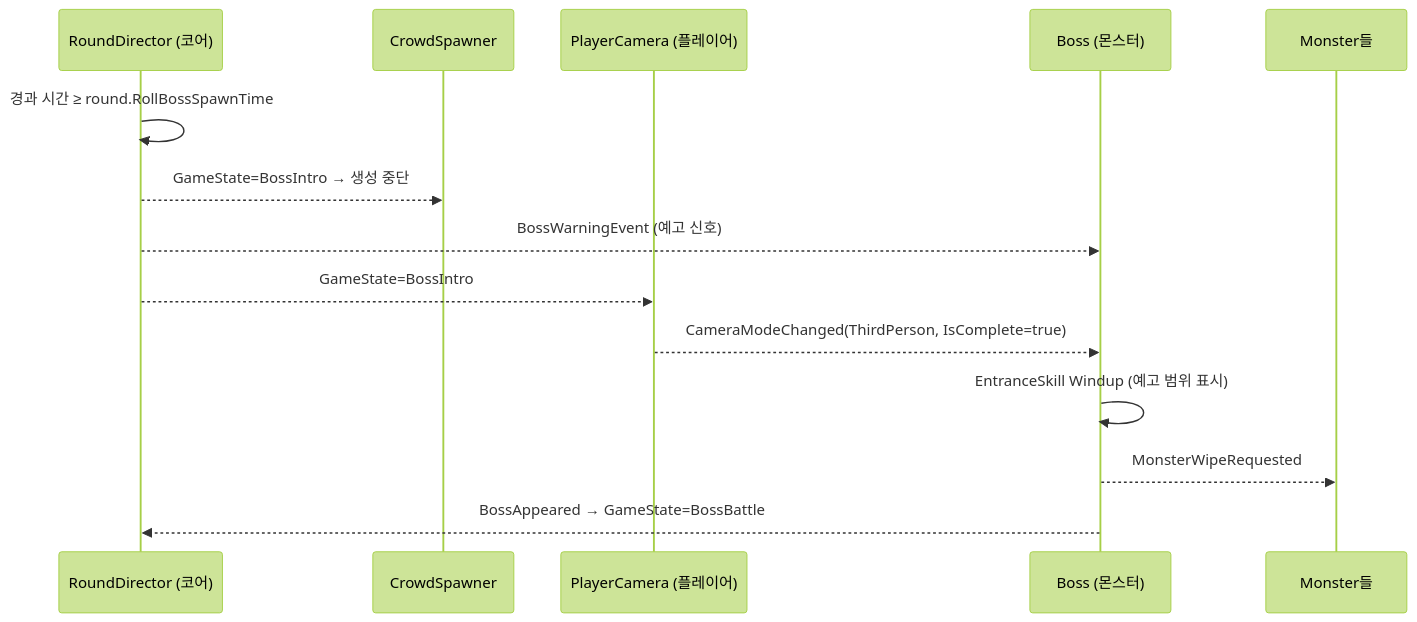
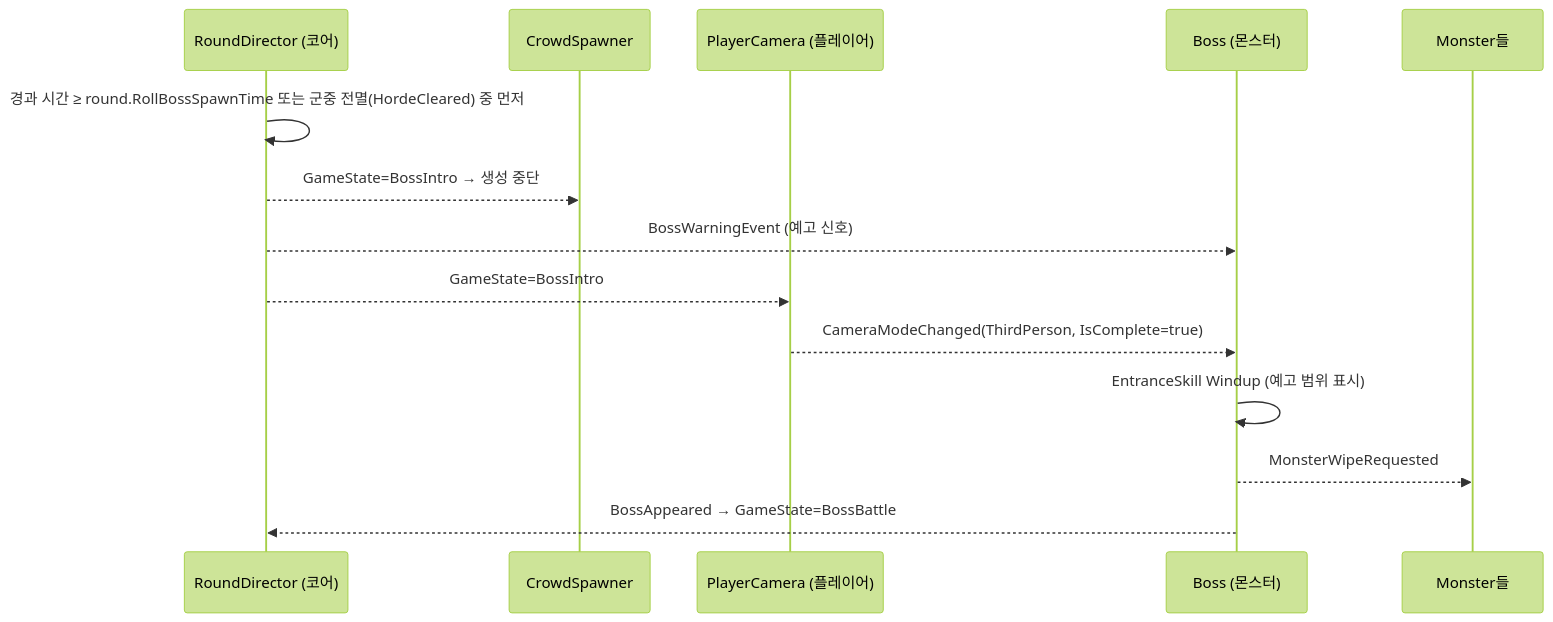
Before and after one commit to KooHoo-Dev/3rd_3D_1-3D-Project-team_even: the third of 3 diagrams in Docs/Architecture/02-SystemInterfaces.md, drawn with Mermaid (forest theme). The commit also changed 6 other files, not shown here.

````diff
--- a/Docs/Architecture/02-SystemInterfaces.md
+++ b/Docs/Architecture/02-SystemInterfaces.md
@@ -144,17 +144,17 @@
 ```mermaid
 sequenceDiagram
     participant GF as RoundDirector (코어)
     participant CR as CrowdSpawner
     participant P as PlayerCamera (플레이어)
     participant B as Boss (몬스터)
     participant M as Monster들
 
-    GF->>GF: 경과 시간 ≥ round.RollBossSpawnTime
+    GF->>GF: 경과 시간 ≥ round.RollBossSpawnTime 또는 군중 전멸(HordeCleared) 중 먼저
     GF-->>CR: GameState=BossIntro → 생성 중단
     GF-->>B: BossWarningEvent (예고 신호)
     GF-->>P: GameState=BossIntro
     P-->>B: CameraModeChanged(ThirdPerson, IsComplete=true)
     B->>B: EntranceSkill Windup (예고 범위 표시)
     B-->>M: MonsterWipeRequested
     B-->>GF: BossAppeared → GameState=BossBattle
 ```
````
